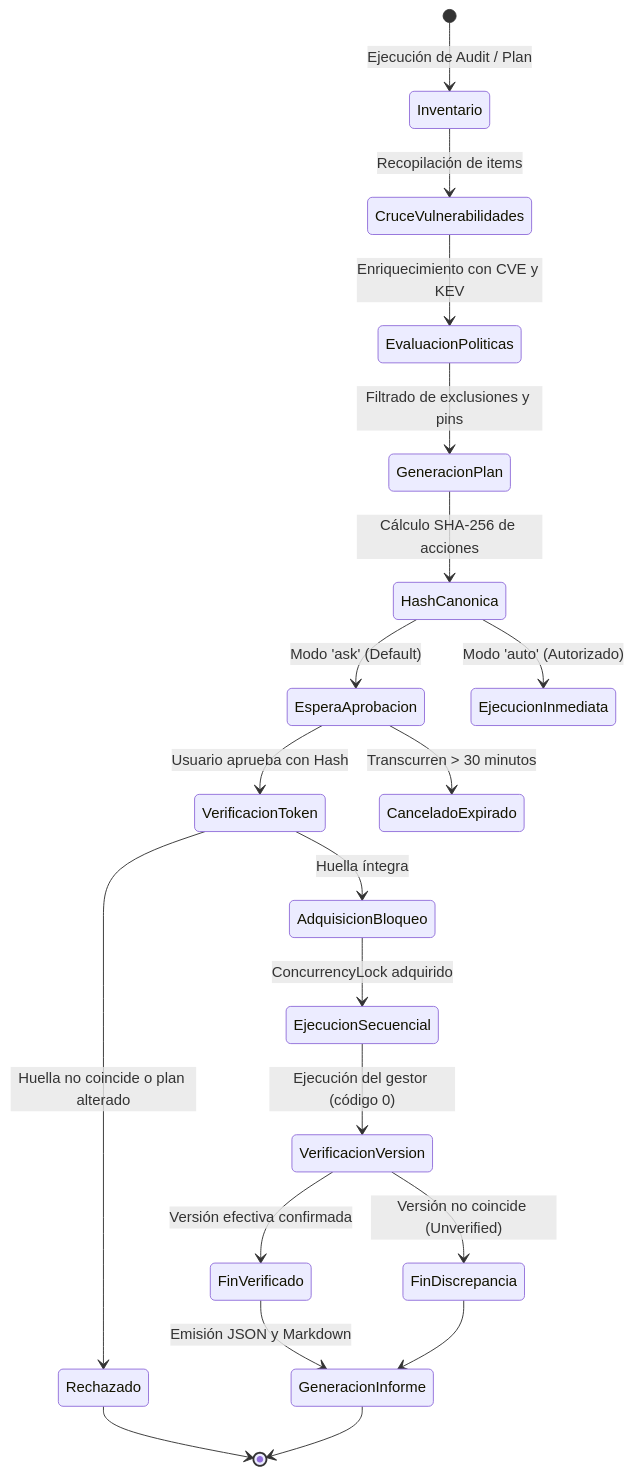
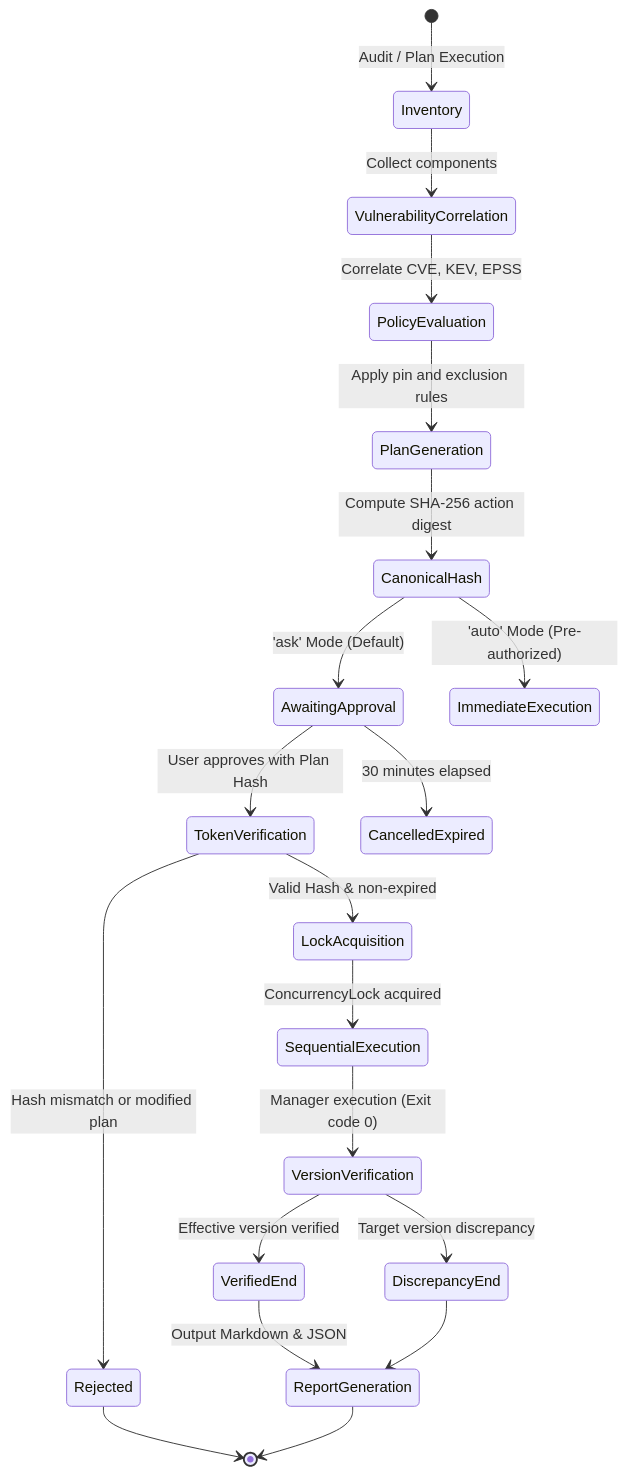
One commit to alexar69-pixel/security-maintainer changed the second of 2 diagrams in ARQUITECTURA.md. Above: the diagram before and after it, drawn with Mermaid. The commit also changed other lines of this file and 17 other files, not shown here.

````diff
--- a/ARQUITECTURA.md
+++ b/ARQUITECTURA.md
@@ -78,25 +82,25 @@
 ```mermaid
 stateDiagram-v2
-    [*] --> Inventario: Ejecución de Audit / Plan
-    Inventario --> CruceVulnerabilidades: Recopilación de items
-    CruceVulnerabilidades --> EvaluacionPoliticas: Enriquecimiento con CVE y KEV
-    EvaluacionPoliticas --> GeneracionPlan: Filtrado de exclusiones y pins
-    GeneracionPlan --> HashCanonica: Cálculo SHA-256 de acciones
-    HashCanonica --> EsperaAprobacion: Modo 'ask' (Default)
-    HashCanonica --> EjecucionInmediata: Modo 'auto' (Autorizado)
+    [*] --> Inventory: Audit / Plan Execution
+    Inventory --> VulnerabilityCorrelation: Collect components
+    VulnerabilityCorrelation --> PolicyEvaluation: Correlate CVE, KEV, EPSS
+    PolicyEvaluation --> PlanGeneration: Apply pin and exclusion rules
+    PlanGeneration --> CanonicalHash: Compute SHA-256 action digest
+    CanonicalHash --> AwaitingApproval: 'ask' Mode (Default)
+    CanonicalHash --> ImmediateExecution: 'auto' Mode (Pre-authorized)
 
-    EsperaAprobacion --> VerificacionToken: Usuario aprueba con Hash
-    EsperaAprobacion --> CanceladoExpirado: Transcurren > 30 minutos
+    AwaitingApproval --> TokenVerification: User approves with Plan Hash
+    AwaitingApproval --> CancelledExpired: 30 minutes elapsed
 
-    VerificacionToken --> AdquisicionBloqueo: Huella íntegra
-    VerificacionToken --> Rechazado: Huella no coincide o plan alterado
+    TokenVerification --> LockAcquisition: Valid Hash & non-expired
+    TokenVerification --> Rejected: Hash mismatch or modified plan
 
-    AdquisicionBloqueo --> EjecucionSecuencial: ConcurrencyLock adquirido
-    EjecucionSecuencial --> VerificacionVersion: Ejecución del gestor (código 0)
-    VerificacionVersion --> FinVerificado: Versión efectiva confirmada
-    VerificacionVersion --> FinDiscrepancia: Versión no coincide (Unverified)
-    FinVerificado --> GeneracionInforme: Emisión JSON y Markdown
-    FinDiscrepancia --> GeneracionInforme
-    Rechazado --> [*]
-    GeneracionInforme --> [*]
+    LockAcquisition --> SequentialExecution: ConcurrencyLock acquired
+    SequentialExecution --> VersionVerification: Manager execution (Exit code 0)
+    VersionVerification --> VerifiedEnd: Effective version verified
+    VersionVerification --> DiscrepancyEnd: Target version discrepancy
+    VerifiedEnd --> ReportGeneration: Output Markdown & JSON
+    DiscrepancyEnd --> ReportGeneration
+    Rejected --> [*]
+    ReportGeneration --> [*]
 ```
````
